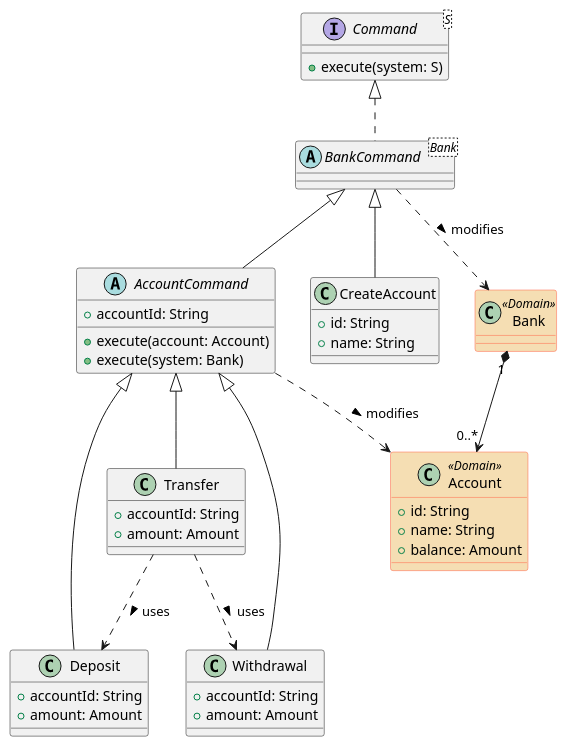
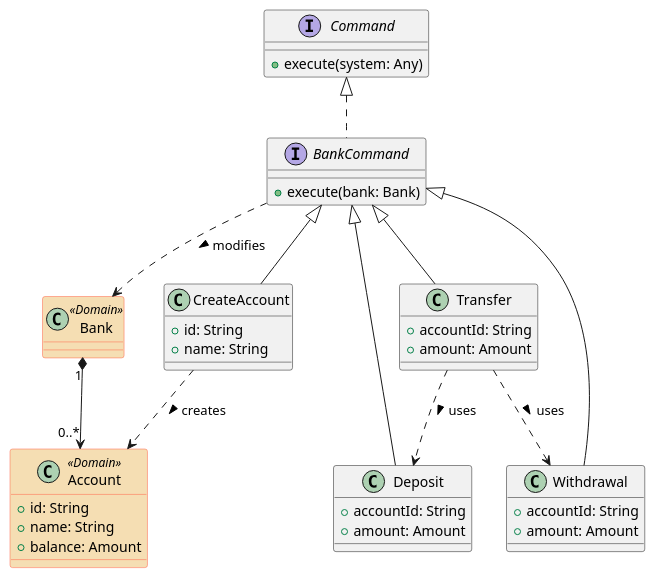
Before and after one commit to xrrocha/kmemimg: the diagram in bank.puml, drawn with PlantUML. The commit also changed 4 other files, not shown here.

Commit message:
Updated UML class diagrams

```diff
--- a/bank.puml
+++ b/bank.puml
@@ -1,55 +1,57 @@
 @startuml
 skinparam class {
     BackgroundColor<<Domain>> Wheat
     BorderColor<<Domain>> Tomato
 }
 
-class Bank <<Domain>> {
-}
-class Account <<Domain>> {
-    + id: String
-    + name: String
-    + balance: Amount
-}
-Bank "1" *--> "0..*" Account
-
-interface Command<S> {
-    + execute(system: S)
+interface Command {
+    + execute(system: Any)
 }
 
-abstract class BankCommand<Bank>
-Command <|.. BankCommand
-BankCommand ..> Bank: modifies >
+together {
+    class Bank <<Domain>> {
+    }
+    class Account <<Domain>> {
+        + id: String
+        + name: String
+        + balance: Amount
+    }
+    Bank "1" *--> "0..*" Account
+}
+
+    interface BankCommand {
+        + execute(bank: Bank)
+    }
+    Command <|.. BankCommand
+    BankCommand ..> Bank: modifies >
 
 class CreateAccount {
     + id: String
     + name: String
 }
 BankCommand <|-- CreateAccount
+CreateAccount ..> Account: creates >
 
-abstract class AccountCommand {
-    + accountId: String
-    + execute(account: Account)
-    + execute(system: Bank)
-}
-BankCommand <|-- AccountCommand
-AccountCommand ..> Account: modifies >
+together {
 
-class Deposit extends AccountCommand {
-    + accountId: String
-    + amount: Amount
+    together {
+    class Deposit extends BankCommand {
+        + accountId: String
+        + amount: Amount
+    }
+
+    class Withdrawal extends BankCommand {
+        + accountId: String
+        + amount: Amount
+    }
+
+    class Transfer extends BankCommand {
+        + accountId: String
+        + amount: Amount
+    }
+    Transfer ..> Deposit: uses >
+    Transfer ..> Withdrawal: uses >
+    }
 }
 
-class Withdrawal extends AccountCommand {
-    + accountId: String
-    + amount: Amount
-}
-
-class Transfer extends AccountCommand {
-    + accountId: String
-    + amount: Amount
-}
-Transfer ..> Deposit: uses >
-Transfer ..> Withdrawal: uses >
-
 @enduml
```
